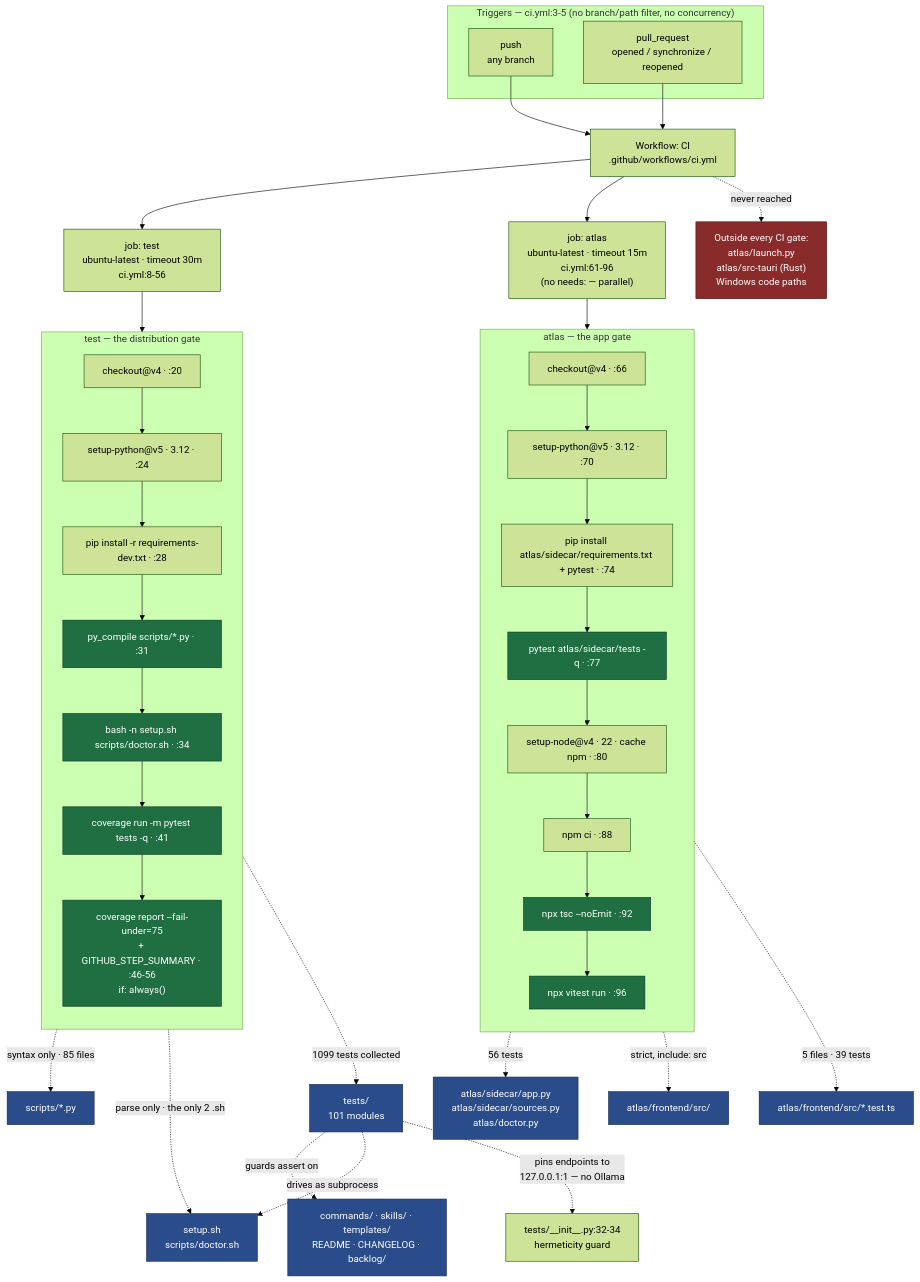
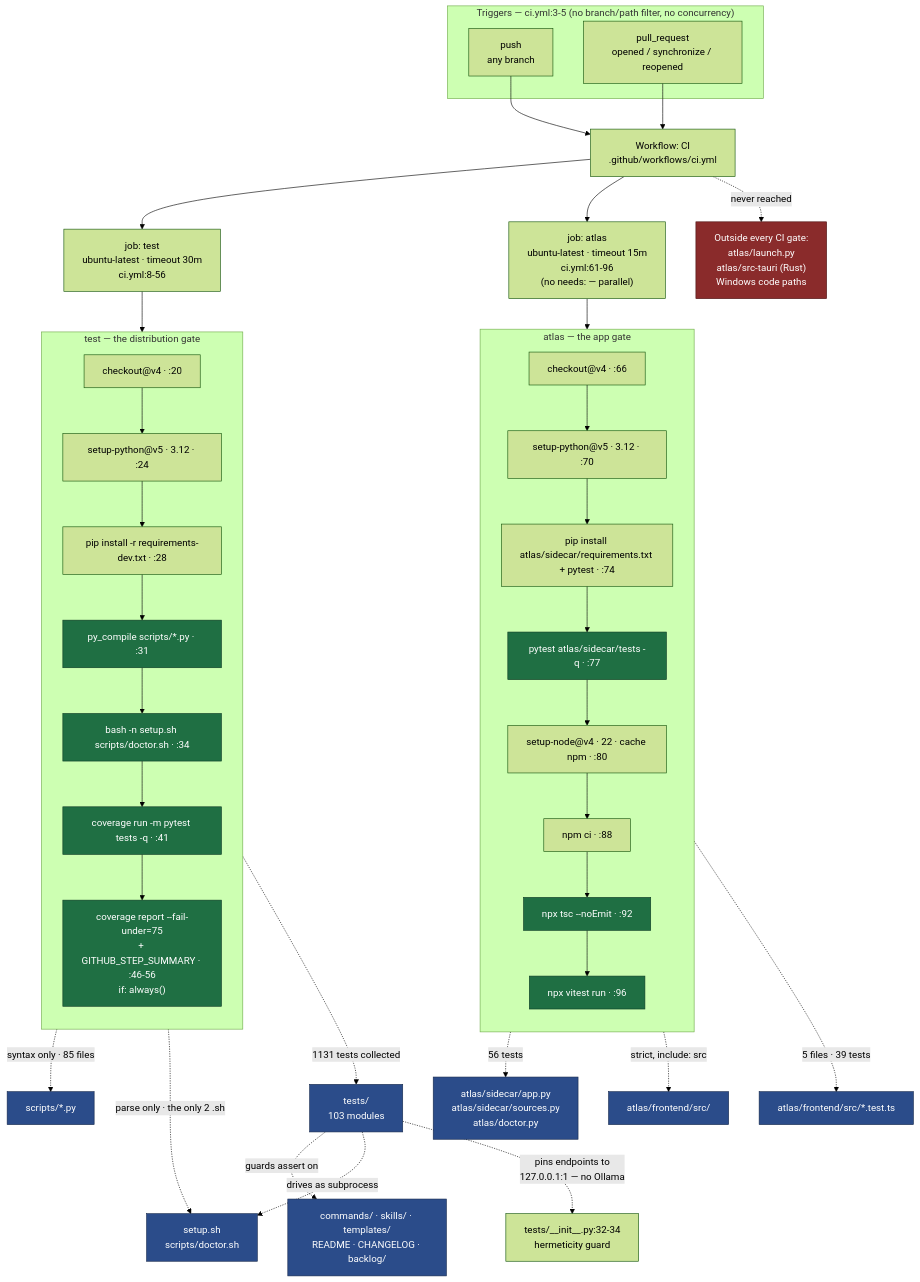
Before and after one commit to Jvdbreemen/LLmWiki-KennisBank: the diagram in C4-Documentation/c4-code-github-workflows.md, drawn with Mermaid (forest theme). The commit also changed other lines of this file and 2 other files, not shown here.

````diff
--- a/C4-Documentation/c4-code-github-workflows.md
+++ b/C4-Documentation/c4-code-github-workflows.md
@@ -308,59 +310,59 @@
 ```mermaid
 flowchart TD
     subgraph triggers["Triggers — ci.yml:3-5 (no branch/path filter, no concurrency)"]
         PUSH["push<br/>any branch"]
         PR["pull_request<br/>opened / synchronize / reopened"]
     end
 
     PUSH --> WF["Workflow: CI<br/>.github/workflows/ci.yml"]
     PR --> WF
 
     WF --> JT["job: test<br/>ubuntu-latest · timeout 30m<br/>ci.yml:8-56"]
     WF --> JA["job: atlas<br/>ubuntu-latest · timeout 15m<br/>ci.yml:61-96<br/>(no needs: — parallel)"]
 
     subgraph testjob["test — the distribution gate"]
         direction TB
         T1["checkout@v4 · :20"] --> T2["setup-python@v5 · 3.12 · :24"]
         T2 --> T3["pip install -r requirements-dev.txt · :28"]
         T3 --> T4["py_compile scripts/*.py · :31"]
         T4 --> T5["bash -n setup.sh scripts/doctor.sh · :34"]
         T5 --> T6["coverage run -m pytest tests -q · :41"]
         T6 --> T7["coverage report --fail-under=75<br/>+ GITHUB_STEP_SUMMARY · :46-56<br/>if: always()"]
     end
 
     subgraph atlasjob["atlas — the app gate"]
         direction TB
         A1["checkout@v4 · :66"] --> A2["setup-python@v5 · 3.12 · :70"]
         A2 --> A3["pip install atlas/sidecar/requirements.txt + pytest · :74"]
         A3 --> A4["pytest atlas/sidecar/tests -q · :77"]
         A4 --> A5["setup-node@v4 · 22 · cache npm · :80"]
         A5 --> A6["npm ci · :88"]
         A6 --> A7["npx tsc --noEmit · :92"]
         A7 --> A8["npx vitest run · :96"]
     end
 
     JT --> testjob
     JA --> atlasjob
 
     T4 -.->|"syntax only · 85 files"| P1["scripts/*.py"]
     T5 -.->|"parse only · the only 2 .sh"| P2["setup.sh<br/>scripts/doctor.sh"]
-    T6 -.->|"1099 tests collected"| P3["tests/<br/>101 modules"]
+    T6 -.->|"1131 tests collected"| P3["tests/<br/>103 modules"]
     P3 -.->|"guards assert on"| P4["commands/ · skills/ · templates/<br/>README · CHANGELOG · backlog/"]
     P3 -.->|"drives as subprocess"| P2
     A4 -.->|"56 tests"| P5["atlas/sidecar/app.py<br/>atlas/sidecar/sources.py<br/>atlas/doctor.py"]
     A7 -.->|"strict, include: src"| P6["atlas/frontend/src/"]
     A8 -.->|"5 files · 39 tests"| P7["atlas/frontend/src/*.test.ts"]
 
     P3 -.->|"pins endpoints to<br/>127.0.0.1:1 — no Ollama"| HERM["tests/__init__.py:32-34<br/>hermeticity guard"]
 
     UNG["Outside every CI gate:<br/>atlas/launch.py<br/>atlas/src-tauri (Rust)<br/>Windows code paths"]
 
     WF -.->|"never reached"| UNG
 
     classDef gate fill:#1f6f43,stroke:#0d3b24,color:#fff
     classDef gap fill:#8a2b2b,stroke:#4d1414,color:#fff
     classDef target fill:#2b4c8a,stroke:#16294d,color:#fff
     class T4,T5,T6,T7,A4,A7,A8 gate
     class UNG gap
     class P1,P2,P3,P4,P5,P6,P7 target
 ```
````
